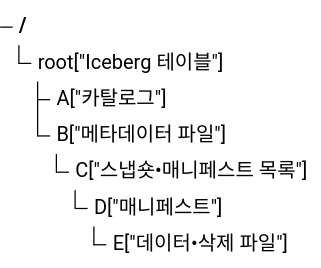
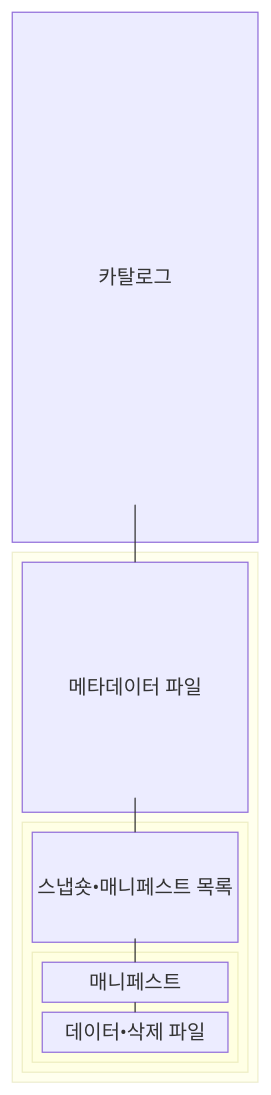
One commit to agnusdei1207/knowledge-base changed the first of 2 diagrams in src/content/docs/notes/03-software/128_apache_iceberg.md. Above: the diagram before and after it, drawn with Mermaid. The commit also changed other lines of this file and 493 other files, not shown here.

````diff
--- a/src/content/docs/notes/03-software/128_apache_iceberg.md
+++ b/src/content/docs/notes/03-software/128_apache_iceberg.md
@@ -69,9 +69,22 @@
 ```mermaid
-treeView-beta
-    root["Iceberg 테이블"]
-        A["카탈로그"]
-        B["메타데이터 파일"]
-            C["스냅숏•매니페스트 목록"]
-                D["매니페스트"]
-                    E["데이터•삭제 파일"]
+block-beta
+    columns 1
+    C["카탈로그"]
+    block:metadata
+        columns 1
+        M["메타데이터 파일"]
+        block:snapshot
+            columns 1
+            S["스냅숏•매니페스트 목록"]
+            block:manifest
+                columns 1
+                F["매니페스트"]
+                D["데이터•삭제 파일"]
+            end
+        end
+    end
+    C --- M
+    M --- S
+    S --- F
+    F --- D
 ```
````
